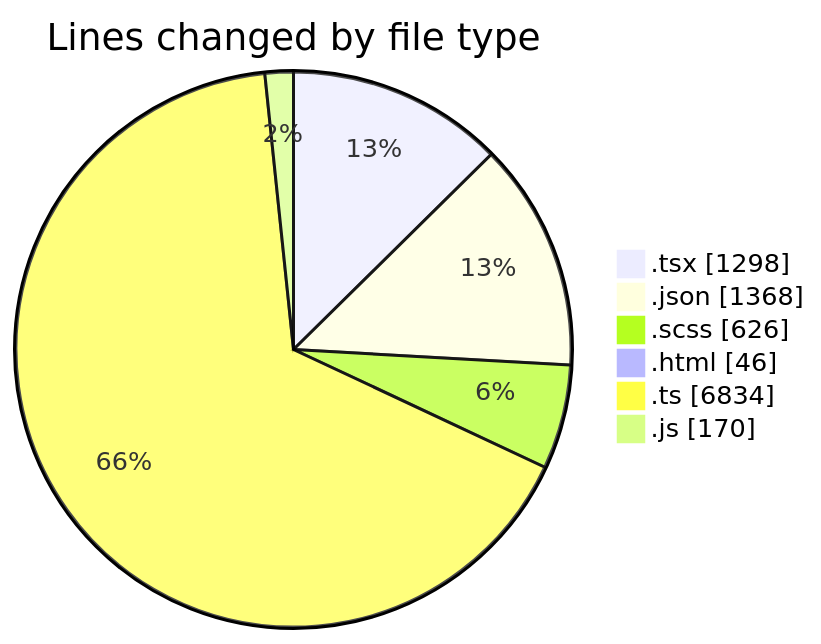
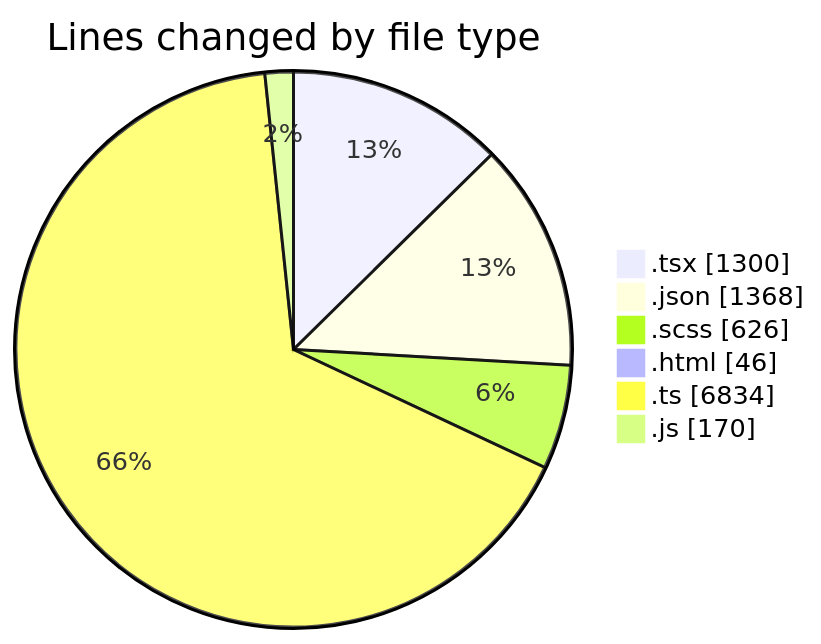
The first of 2 diagrams in 2026-04-14/cda/README.md (momahboobian/code-tracking), drawn with Mermaid before and after one commit. The commit also changed other lines of this file and 1 other file, not shown here.

````diff
--- a/2026-04-14/cda/README.md
+++ b/2026-04-14/cda/README.md
@@ -47,10 +47,10 @@
 ```mermaid
 pie showData
 title Lines changed by file type
-".tsx" : 1298
+".tsx" : 1300
 ".json" : 1368
 ".scss" : 626
 ".html" : 46
 ".ts" : 6834
 ".js" : 170
 ```
````
